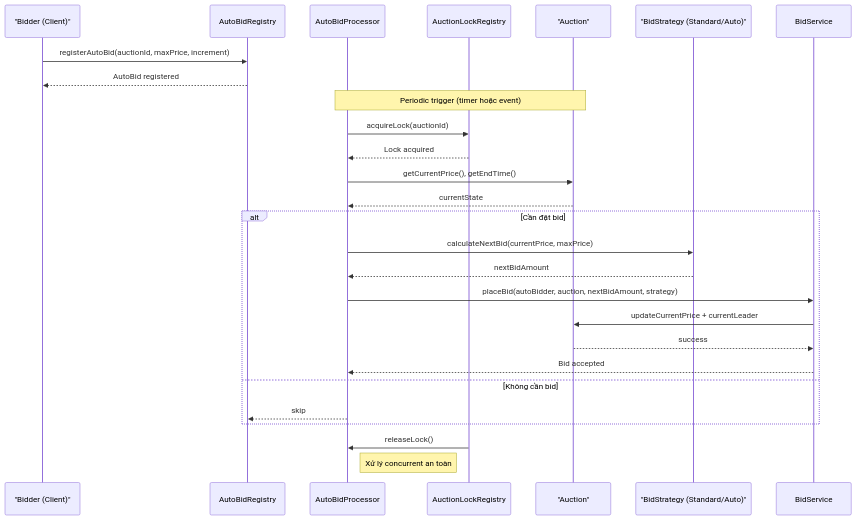
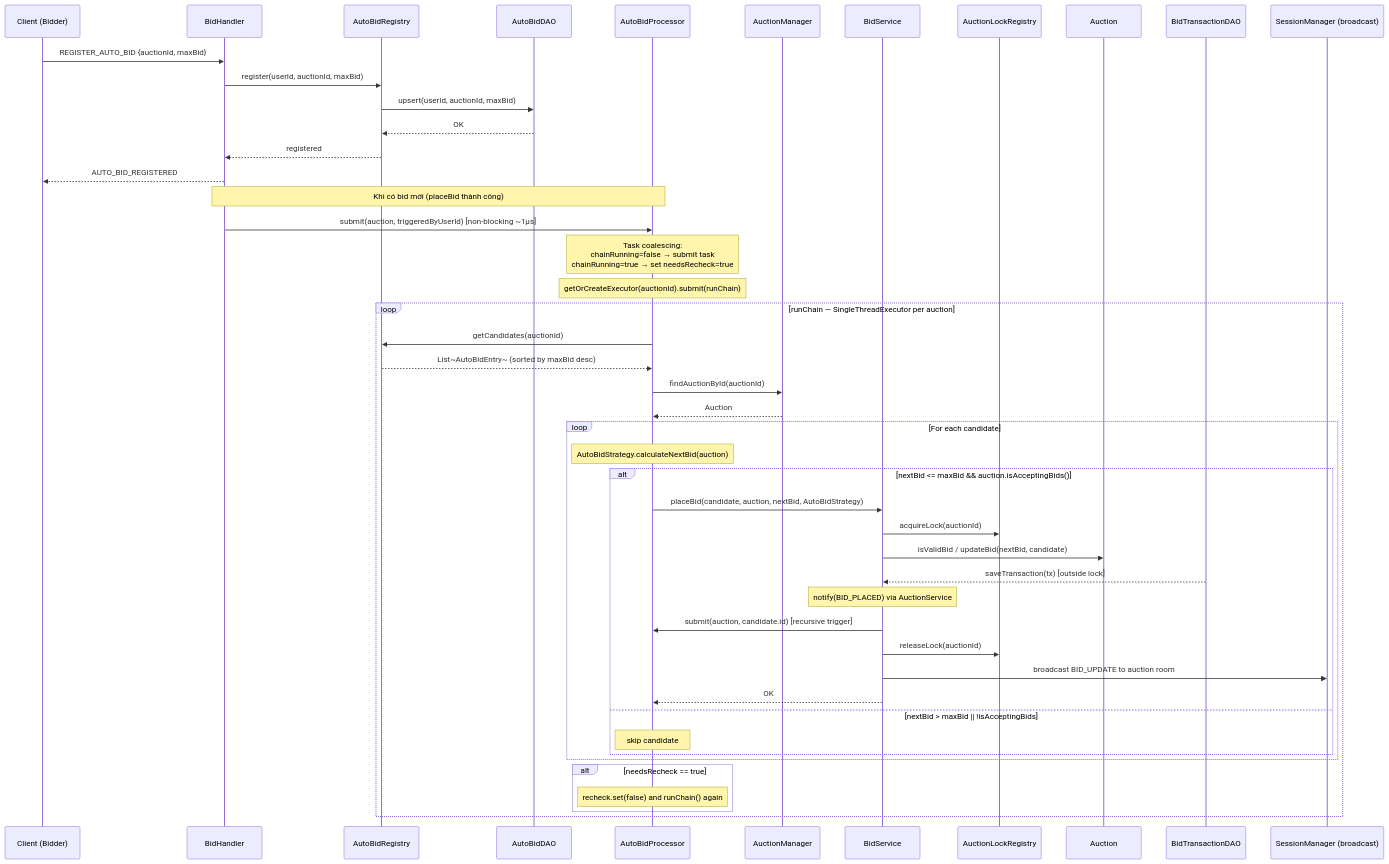
The diagram in AutoBidSequenceDiagram.md (vuxgiakhanh-source/online-auction-system), drawn with Mermaid before and after one commit.

Commit message:
docs: update auto bid sequence diagram

````diff
--- a/AutoBidSequenceDiagram.md
+++ b/AutoBidSequenceDiagram.md
@@ -3,35 +3,61 @@
 ```mermaid
 sequenceDiagram
-    participant Bidder as "Bidder (Client)"
+    participant Bidder as Client (Bidder)
+    participant BidHandler
     participant AutoBidRegistry
+    participant AutoBidDAO
     participant AutoBidProcessor
+    participant AuctionManager
+    participant BidService
     participant AuctionLockRegistry
-    participant Auction as "Auction"
-    participant BidStrategy as "BidStrategy (Standard/Auto)"
-    participant BidService
+    participant Auction
+    participant BidTransactionDAO
+    participant SessionManager as SessionManager (broadcast)
 
-    Bidder->>AutoBidRegistry: registerAutoBid(auctionId, maxPrice, increment)
-    AutoBidRegistry-->>Bidder: AutoBid registered
+    Bidder->>BidHandler: REGISTER_AUTO_BID {auctionId, maxBid}
+    BidHandler->>AutoBidRegistry: register(userId, auctionId, maxBid)
+    AutoBidRegistry->>AutoBidDAO: upsert(userId, auctionId, maxBid)
+    AutoBidDAO-->>AutoBidRegistry: OK
+    AutoBidRegistry-->>BidHandler: registered
+    BidHandler-->>Bidder: AUTO_BID_REGISTERED
 
-    Note over AutoBidProcessor,Auction: Periodic trigger (timer hoặc event)
+    Note over BidHandler,AutoBidProcessor: Khi có bid mới (placeBid thành công)
 
-    AutoBidProcessor->>AuctionLockRegistry: acquireLock(auctionId)
-    AuctionLockRegistry-->>AutoBidProcessor: Lock acquired
+    BidHandler->>AutoBidProcessor: submit(auction, triggeredByUserId) [non-blocking ~1µs]
 
-    AutoBidProcessor->>Auction: getCurrentPrice(), getEndTime()
-    Auction-->>AutoBidProcessor: currentState
+    Note over AutoBidProcessor: Task coalescing:<br/>chainRunning=false → submit task<br/>chainRunning=true → set needsRecheck=true
 
-    alt Cần đặt bid
-        AutoBidProcessor->>BidStrategy: calculateNextBid(currentPrice, maxPrice)
-        BidStrategy-->>AutoBidProcessor: nextBidAmount
-        AutoBidProcessor->>BidService: placeBid(autoBidder, auction, nextBidAmount, strategy)
-        BidService->>Auction: updateCurrentPrice + currentLeader
-        Auction-->>BidService: success
-        BidService-->>AutoBidProcessor: Bid accepted
-    else Không cần bid
-        AutoBidProcessor-->>AutoBidRegistry: skip
+    Note over AutoBidProcessor: getOrCreateExecutor(auctionId).submit(runChain)
+
+    loop runChain — SingleThreadExecutor per auction
+        AutoBidProcessor->>AutoBidRegistry: getCandidates(auctionId)
+        AutoBidRegistry-->>AutoBidProcessor: List~AutoBidEntry~ (sorted by maxBid desc)
+
+        AutoBidProcessor->>AuctionManager: findAuctionById(auctionId)
+        AuctionManager-->>AutoBidProcessor: Auction
+
+        loop For each candidate
+            Note over AutoBidProcessor: AutoBidStrategy.calculateNextBid(auction)
+            
+            alt nextBid <= maxBid && auction.isAcceptingBids()
+                AutoBidProcessor->>BidService: placeBid(candidate, auction, nextBid, AutoBidStrategy)
+
+                BidService->>AuctionLockRegistry: acquireLock(auctionId)
+                BidService->>Auction: isValidBid / updateBid(nextBid, candidate)
+                BidTransactionDAO-->>BidService: saveTransaction(tx) [outside lock]
+                Note over BidService: notify(BID_PLACED) via AuctionService
+                BidService->>AutoBidProcessor: submit(auction, candidate.id) [recursive trigger]
+                BidService->>AuctionLockRegistry: releaseLock(auctionId)
+
+                BidService->>SessionManager: broadcast BID_UPDATE to auction room
+                BidService-->>AutoBidProcessor: OK
+            else nextBid > maxBid || !isAcceptingBids
+                Note over AutoBidProcessor: skip candidate
+            end
+        end
+
+        alt needsRecheck == true
+            Note over AutoBidProcessor: recheck.set(false) and runChain() again
+        end
     end
-
-    AuctionLockRegistry->>AutoBidProcessor: releaseLock()
-    Note right of AutoBidProcessor: Xử lý concurrent an toàn
 ```
````
